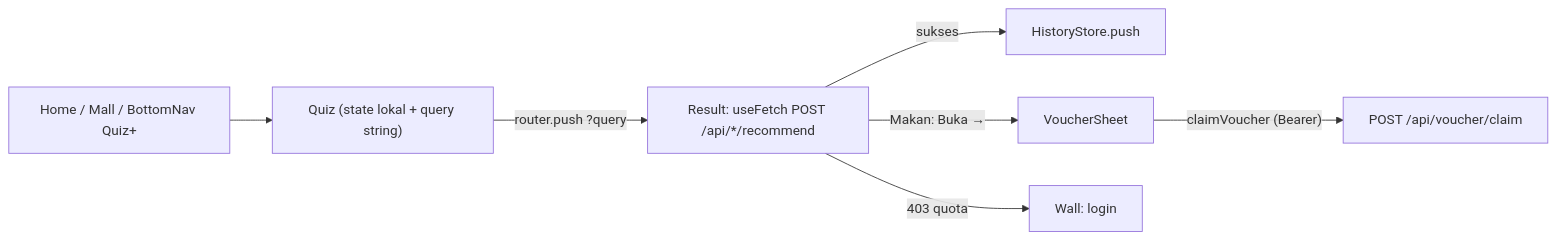
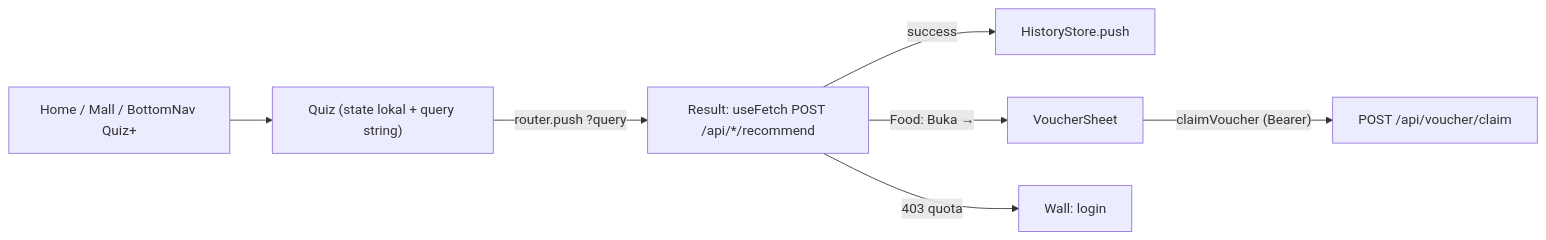
One commit to agestasaputra/wikendo-web-app changed the second of 2 diagrams in docs/architecture/architecture.md. Above: the diagram before and after it, drawn with Mermaid. The commit also changed other lines of this file and 103 other files, not shown here.

````diff
--- a/docs/architecture/architecture.md
+++ b/docs/architecture/architecture.md
@@ -85,9 +85,9 @@
 ```mermaid
 flowchart LR
     Home[Home / Mall / BottomNav Quiz+] --> Quiz["Quiz (state lokal + query string)"]
     Quiz -->|"router.push ?query"| Result["Result: useFetch POST /api/*/recommend"]
-    Result -->|sukses| Hist[HistoryStore.push]
-    Result -->|"Makan: Buka →"| VSheet[VoucherSheet]
+    Result -->|success| Hist[HistoryStore.push]
+    Result -->|"Food: Buka →"| VSheet[VoucherSheet]
     VSheet -->|"claimVoucher (Bearer)"| Claim["POST /api/voucher/claim"]
     Result -->|"403 quota"| Wall[Wall: login]
 ```
````
